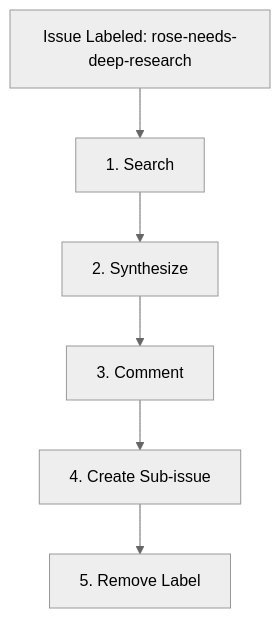
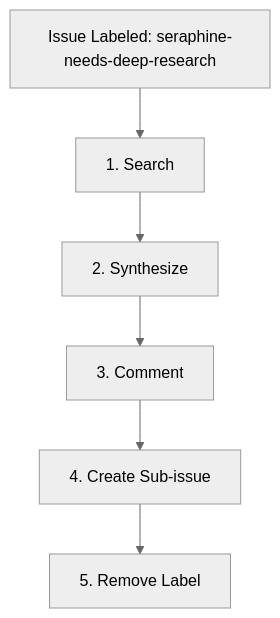
Before and after one commit to brotherlogic/rose: the diagram in .agent/workflows/seraphine-needs-deep-research.md, drawn with Mermaid (neutral theme). The commit also changed other lines of this file and 5 other files, not shown here.

Commit message:
chore: replace rose- label prefixes with seraphine-

````diff
--- a/.agent/workflows/seraphine-needs-deep-research.md
+++ b/.agent/workflows/seraphine-needs-deep-research.md
@@ -7,8 +7,8 @@
 ```mermaid
 graph TD
-    A[Issue Labeled: rose-needs-deep-research] --> B[1. Search]
+    A[Issue Labeled: seraphine-needs-deep-research] --> B[1. Search]
     B --> C[2. Synthesize]
     C --> D[3. Comment]
     D --> E[4. Create Sub-issue]
     E --> F[5. Remove Label]
 ```
````
